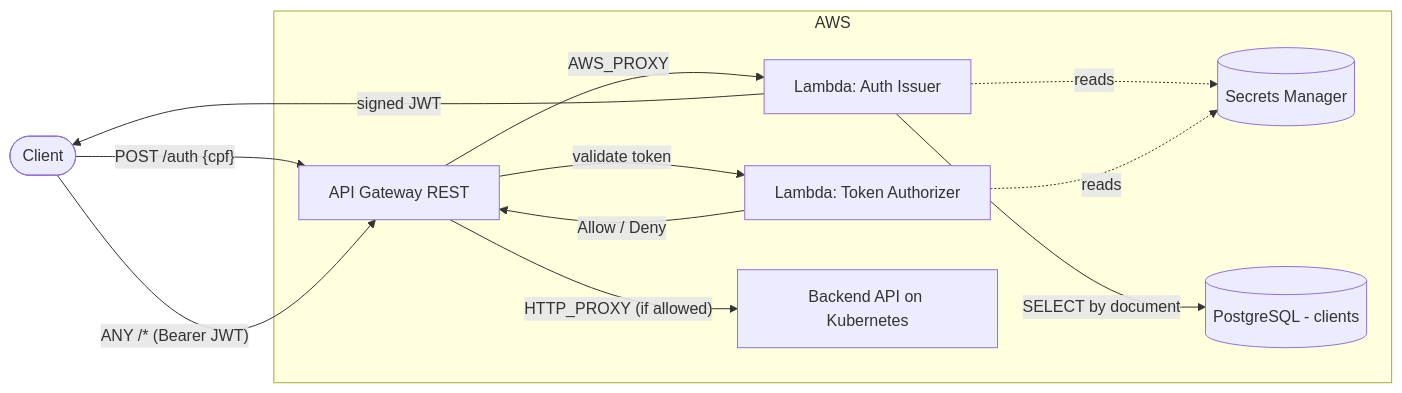
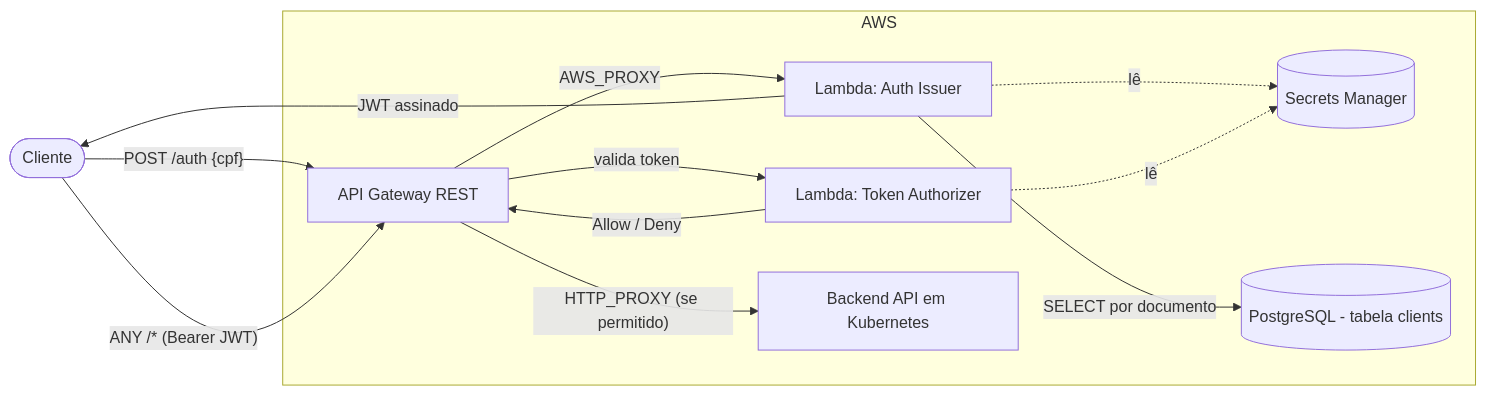
Before and after one commit to TechChallenge-Software-Architetute/os-management-lambda: the first of 2 diagrams in README.md, drawn with Mermaid. The commit also changed other lines of this file, not shown here.

````diff
--- a/README.md
+++ b/README.md
@@ -40,25 +40,25 @@
 ```mermaid
 flowchart LR
-    client([Client])
+    cliente([Cliente])
     subgraph AWS
       apigw[API Gateway REST]
       issuer[Lambda: Auth Issuer]
       authz[Lambda: Token Authorizer]
       sm[(Secrets Manager)]
-      db[(PostgreSQL - clients)]
-      backend[Backend API on Kubernetes]
+      db[(PostgreSQL - tabela clients)]
+      backend[Backend API em Kubernetes]
     end
 
-    client -- "POST /auth {cpf}" --> apigw
+    cliente -- "POST /auth {cpf}" --> apigw
     apigw -- AWS_PROXY --> issuer
-    issuer -- "SELECT by document" --> db
-    issuer -- "signed JWT" --> client
+    issuer -- "SELECT por documento" --> db
+    issuer -- "JWT assinado" --> cliente
 
-    client -- "ANY /* (Bearer JWT)" --> apigw
-    apigw -- "validate token" --> authz
+    cliente -- "ANY /* (Bearer JWT)" --> apigw
+    apigw -- "valida token" --> authz
     authz -- "Allow / Deny" --> apigw
-    apigw -- "HTTP_PROXY (if allowed)" --> backend
+    apigw -- "HTTP_PROXY (se permitido)" --> backend
 
-    issuer -. reads .-> sm
-    authz -. reads .-> sm
+    issuer -. lê .-> sm
+    authz -. lê .-> sm
 ```
````
